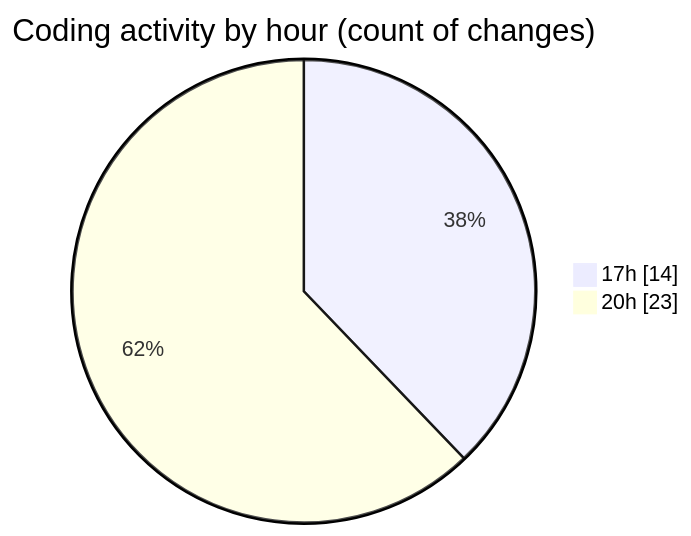
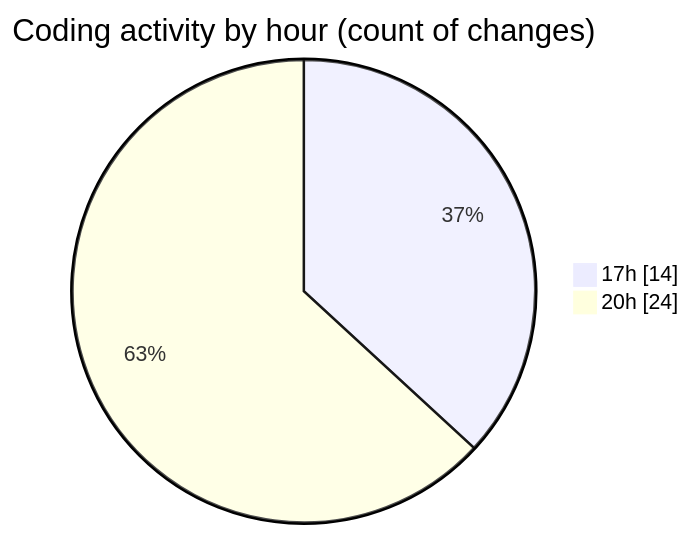
Before and after one commit to charlie-sans/code-tracking: the second of 2 diagrams in 2025-03-11/jmasm/README.md, drawn with Mermaid. The commit also changed other lines of this file and 1 other file, not shown here.

````diff
--- a/2025-03-11/jmasm/README.md
+++ b/2025-03-11/jmasm/README.md
@@ -37,6 +37,6 @@
 ```mermaid
 pie showData
 title Coding activity by hour (count of changes)
 "17h" : 14
-"20h" : 23
+"20h" : 24
 ```
````
